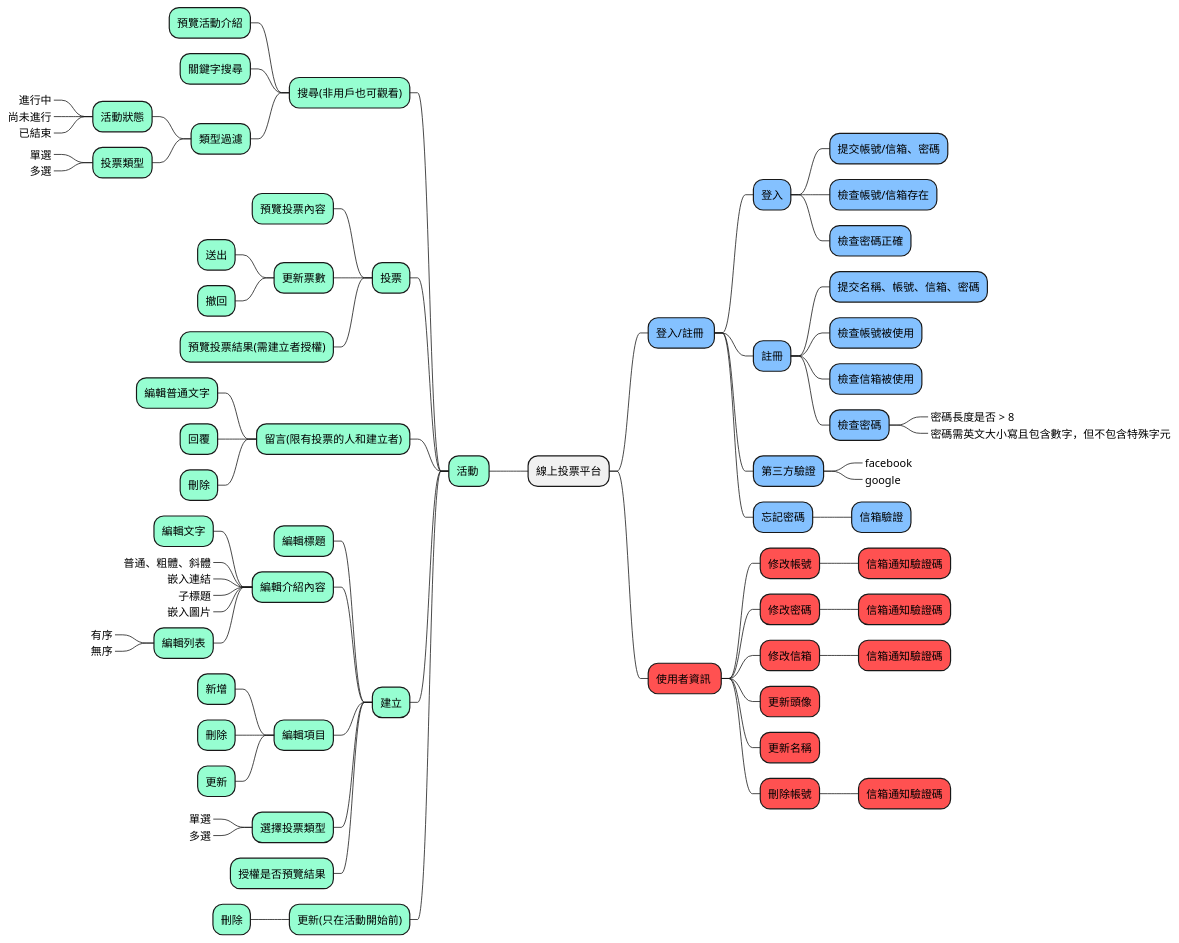
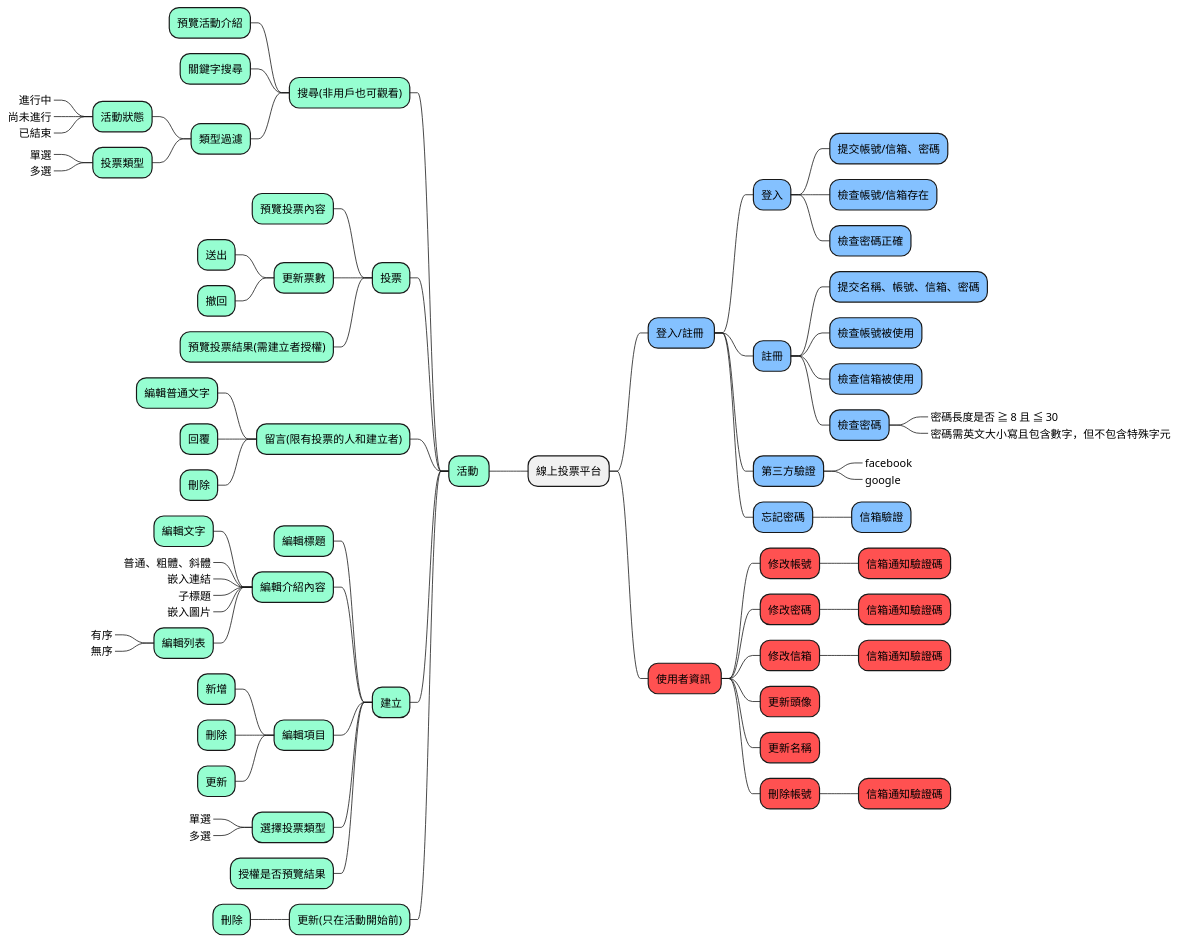
One commit to ian5030560/online-vote changed the diagram in diagram/FunctionalAchitecture.plantuml. Above: the diagram before and after it, drawn with PlantUML. The commit also changed 2 other files, not shown here.

Commit message:
update diagrams and api file

```diff
--- a/diagram/FunctionalAchitecture.plantuml
+++ b/diagram/FunctionalAchitecture.plantuml
@@ -1,94 +1,94 @@
 @startmindmap 功能架構圖
 <style>
 mindmapDiagram{
     .blue *{
         BackgroundColor #84C1FF
     }
 
     .green *{
         BackgroundColor #96FED1
     }
 
     .red *{
         BackgroundColor #FF5151
     }
 }
 </style>
 
 + 線上投票平台
 
 ++ 登入/註冊 <<blue>>
 +++ 登入
 ++++ 提交帳號/信箱、密碼
 ++++ 檢查帳號/信箱存在
 ++++ 檢查密碼正確
 +++ 註冊
 ++++ 提交名稱、帳號、信箱、密碼
 ++++ 檢查帳號被使用
 ++++ 檢查信箱被使用
 ++++ 檢查密碼
-+++++_ 密碼長度是否 > 8
++++++_ 密碼長度是否 ≧ 8 且 ≦ 30
 +++++_ 密碼需英文大小寫且包含數字，但不包含特殊字元
 +++ 第三方驗證
 ++++_ facebook
 ++++_ google
 +++ 忘記密碼
 ++++ 信箱驗證
 
 -- 活動 <<green>>
 --- 搜尋(非用戶也可觀看)
 ---- 預覽活動介紹
 ---- 關鍵字搜尋
 ---- 類型過濾
 ----- 活動狀態
 ------_ 進行中
 ------_ 尚未進行
 ------_ 已結束
 ----- 投票類型
 ------_ 單選
 ------_ 多選
 --- 投票
 ---- 預覽投票內容
 ---- 更新票數
 ----- 送出
 ----- 撤回
 ---- 預覽投票結果(需建立者授權)
 --- 留言(限有投票的人和建立者)
 ---- 編輯普通文字
 ---- 回覆
 ---- 刪除
 --- 建立
 ---- 編輯標題
 ---- 編輯介紹內容
 ----- 編輯文字
 -----_ 普通、粗體、斜體
 -----_ 嵌入連結
 -----_ 子標題
 -----_ 嵌入圖片
 ----- 編輯列表
 ------_ 有序
 ------_ 無序
 ---- 編輯項目
 ----- 新增
 ----- 刪除
 ----- 更新
 ---- 選擇投票類型
 -----_ 單選
 -----_ 多選
 ---- 授權是否預覽結果
 --- 更新(只在活動開始前)
 ---- 刪除
 
 ++ 使用者資訊 <<red>>
 +++ 修改帳號
 ++++ 信箱通知驗證碼
 +++ 修改密碼
 ++++ 信箱通知驗證碼
 +++ 修改信箱
 ++++ 信箱通知驗證碼
 +++ 更新頭像
 +++ 更新名稱
 +++ 刪除帳號
 ++++ 信箱通知驗證碼
 
 @endmindmap
```
